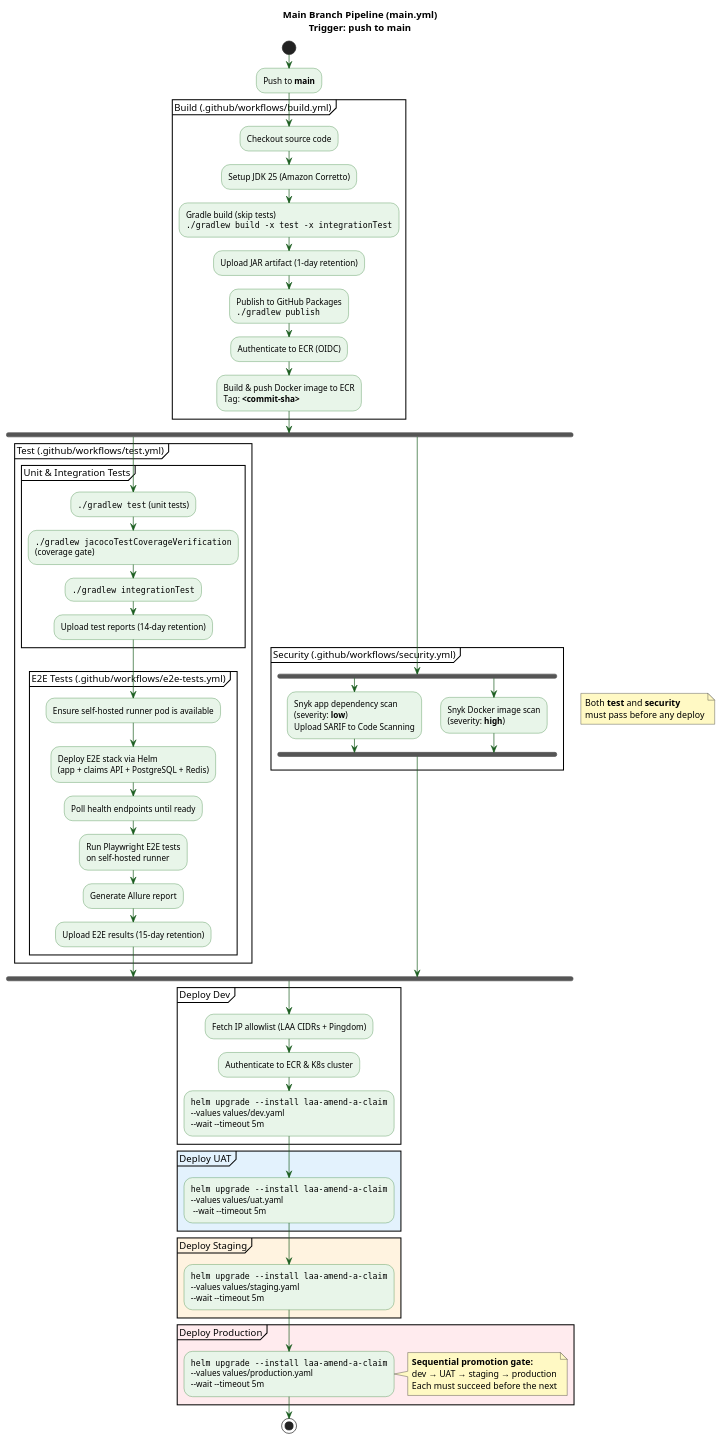
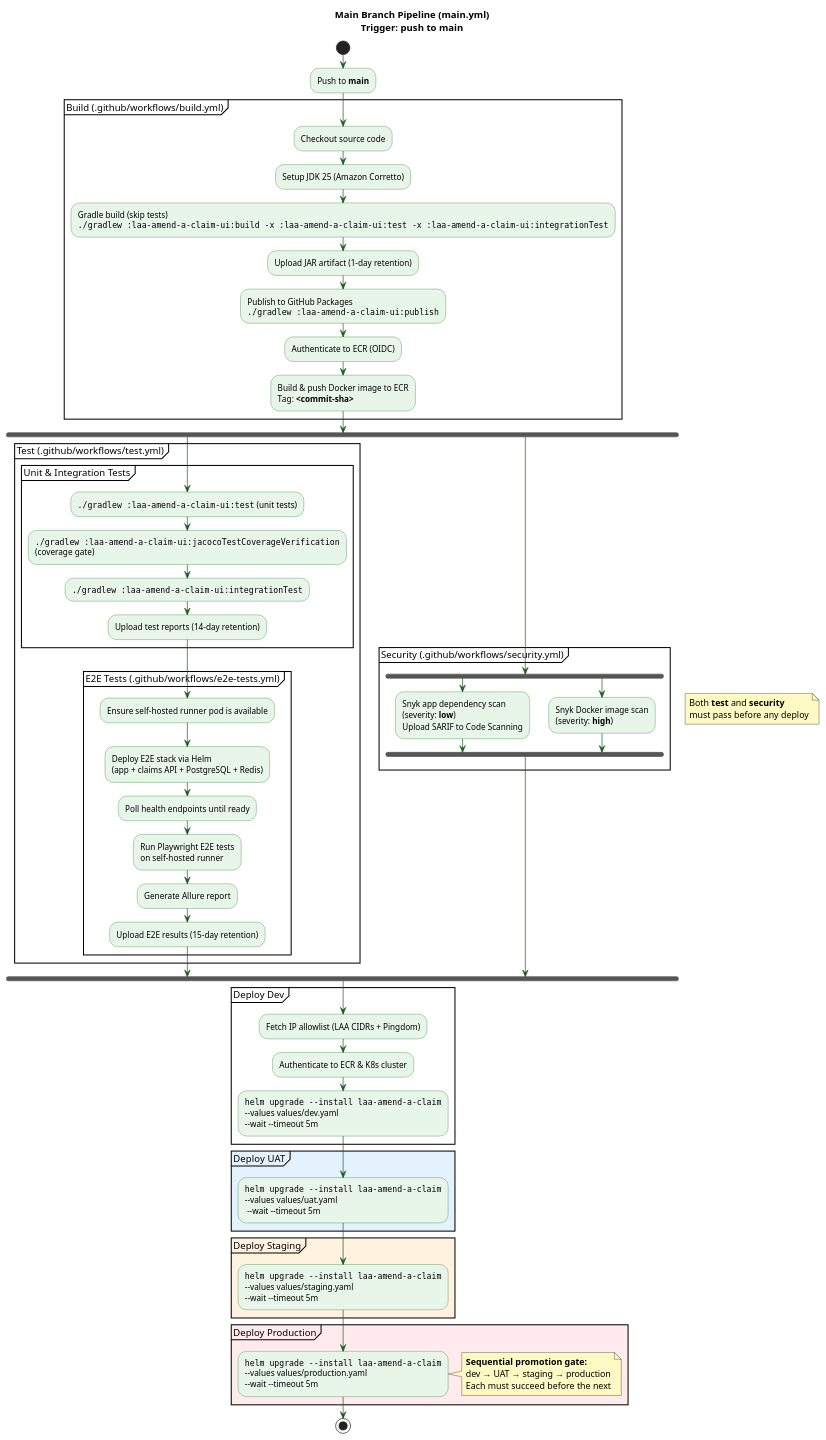
One commit to ministryofjustice/laa-amend-a-claim changed the diagram in documents/pipelines/main_branch.puml. Above: the diagram before and after it, drawn with PlantUML. The commit also changed 552 other files, not shown here.

```diff
--- a/documents/pipelines/main_branch.puml
+++ b/documents/pipelines/main_branch.puml
@@ -1,81 +1,81 @@
 @startuml Main Branch Pipeline
   title Main Branch Pipeline (main.yml)\nTrigger: push to main
 
   skinparam ActivityBackgroundColor #E8F5E9
   skinparam ActivityBorderColor #2E7D32
   skinparam ArrowColor #1B5E20
   skinparam NoteBackgroundColor #FFF9C4
 
   start
 
   :Push to **main**;
 
   partition "Build (.github/workflows/build.yml)" {
     :Checkout source code;
     :Setup JDK 25 (Amazon Corretto);
-    :Gradle build (skip tests)\n""./gradlew build -x test -x integrationTest"";
+    :Gradle build (skip tests)\n""./gradlew :laa-amend-a-claim-ui:build -x :laa-amend-a-claim-ui:test -x :laa-amend-a-claim-ui:integrationTest"";
     :Upload JAR artifact (1-day retention);
-    :Publish to GitHub Packages\n""./gradlew publish"";
+    :Publish to GitHub Packages\n""./gradlew :laa-amend-a-claim-ui:publish"";
     :Authenticate to ECR (OIDC);
     :Build & push Docker image to ECR\nTag: **<commit-sha>**;
   }
 
   fork
     partition "Test (.github/workflows/test.yml)" {
       partition "Unit & Integration Tests" {
-        :""./gradlew test"" (unit tests);
-        :""./gradlew jacocoTestCoverageVerification""\n(coverage gate);
-        :""./gradlew integrationTest"";
+        :""./gradlew :laa-amend-a-claim-ui:test"" (unit tests);
+        :""./gradlew :laa-amend-a-claim-ui:jacocoTestCoverageVerification""\n(coverage gate);
+        :""./gradlew :laa-amend-a-claim-ui:integrationTest"";
         :Upload test reports (14-day retention);
       }
       partition "E2E Tests (.github/workflows/e2e-tests.yml)" {
         :Ensure self-hosted runner pod is available;
         :Deploy E2E stack via Helm\n(app + claims API + PostgreSQL + Redis);
         :Poll health endpoints until ready;
         :Run Playwright E2E tests\non self-hosted runner;
         :Generate Allure report;
         :Upload E2E results (15-day retention);
       }
     }
   fork again
     partition "Security (.github/workflows/security.yml)" {
       fork
         :Snyk app dependency scan\n(severity: **low**)\nUpload SARIF to Code Scanning;
       fork again
         :Snyk Docker image scan\n(severity: **high**);
       end fork
     }
   end fork
 
   note right
     Both **test** and **security**
     must pass before any deploy
   end note
 
   partition "Deploy Dev" {
     :Fetch IP allowlist (LAA CIDRs + Pingdom);
     :Authenticate to ECR & K8s cluster;
     :""helm upgrade --install laa-amend-a-claim""\n--values values/dev.yaml\n~--wait --timeout 5m;
   }
 
   partition "Deploy UAT" #E3F2FD {
     :""helm upgrade --install laa-amend-a-claim""\n--values values/uat.yaml\n ~--wait --timeout 5m;
   }
 
   partition "Deploy Staging" #FFF3E0 {
     :""helm upgrade --install laa-amend-a-claim""\n--values values/staging.yaml\n~--wait --timeout 5m;
   }
 
   partition "Deploy Production" #FFEBEE {
     :""helm upgrade --install laa-amend-a-claim""\n--values values/production.yaml\n~--wait --timeout 5m;
   }
 
   note right
     **Sequential promotion gate:**
     dev → UAT → staging → production
     Each must succeed before the next
   end note
 
   stop
 
  @enduml
```
